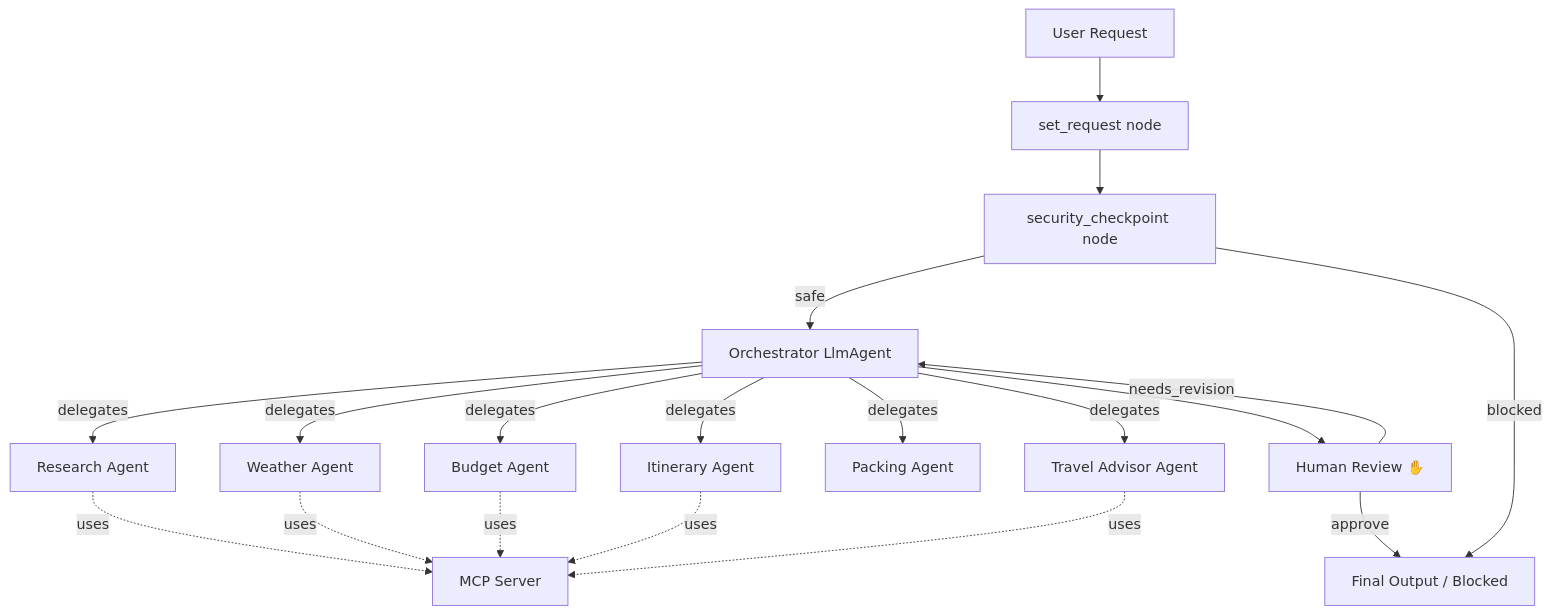
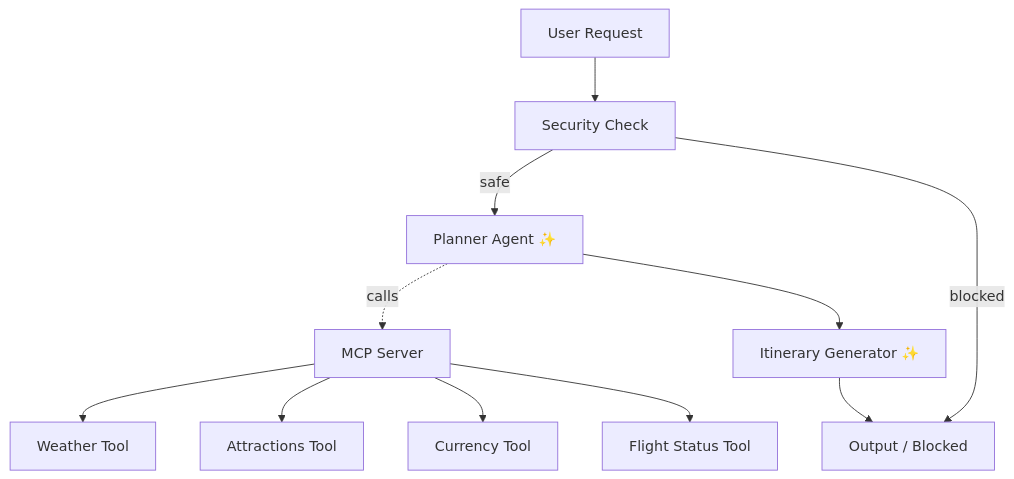
The diagram in README.md (pooja11096/TravelMate-AI), drawn with Mermaid before and after one commit. The commit also changed other lines of this file and 1 other file, not shown here.

Commit message:
combined multiple agents in one to reduce llm calls

````diff
--- a/README.md
+++ b/README.md
@@ -20,24 +20,15 @@
 ```mermaid
 graph TD
-    user_query[User Request] --> set_req[set_request node]
-    set_req --> sec_chk[security_checkpoint node]
-    sec_chk -- safe --> orch_agent[Orchestrator LlmAgent]
-    sec_chk -- blocked --> final_output[Final Output / Blocked]
+    user_query[User Request] --> sec_chk[Security Check]
+    sec_chk -- safe --> planner[Planner Agent ✨]
+    sec_chk -- blocked --> output[Output / Blocked]
     
-    orch_agent -- delegates --> res_agent[Research Agent]
-    orch_agent -- delegates --> weather_agent[Weather Agent]
-    orch_agent -- delegates --> budget_agent[Budget Agent]
-    orch_agent -- delegates --> itin_agent[Itinerary Agent]
-    orch_agent -- delegates --> packing_agent[Packing Agent]
-    orch_agent -- delegates --> advisor_agent[Travel Advisor Agent]
+    planner -. calls .-> mcp[MCP Server]
+    mcp --> weather[Weather Tool]
+    mcp --> attractions[Attractions Tool]
+    mcp --> currency[Currency Tool]
+    mcp --> flights[Flight Status Tool]
     
-    res_agent -. uses .-> mcp_server[MCP Server]
-    weather_agent -. uses .-> mcp_server[MCP Server]
-    budget_agent -. uses .-> mcp_server[MCP Server]
-    itin_agent -. uses .-> mcp_server[MCP Server]
-    advisor_agent -. uses .-> mcp_server[MCP Server]
-    
-    orch_agent --> hitl[Human Review ✋]
-    hitl -- approve --> final_output
-    hitl -- needs_revision --> orch_agent
+    planner --> itinerary[Itinerary Generator ✨]
+    itinerary --> output
 ```
````
